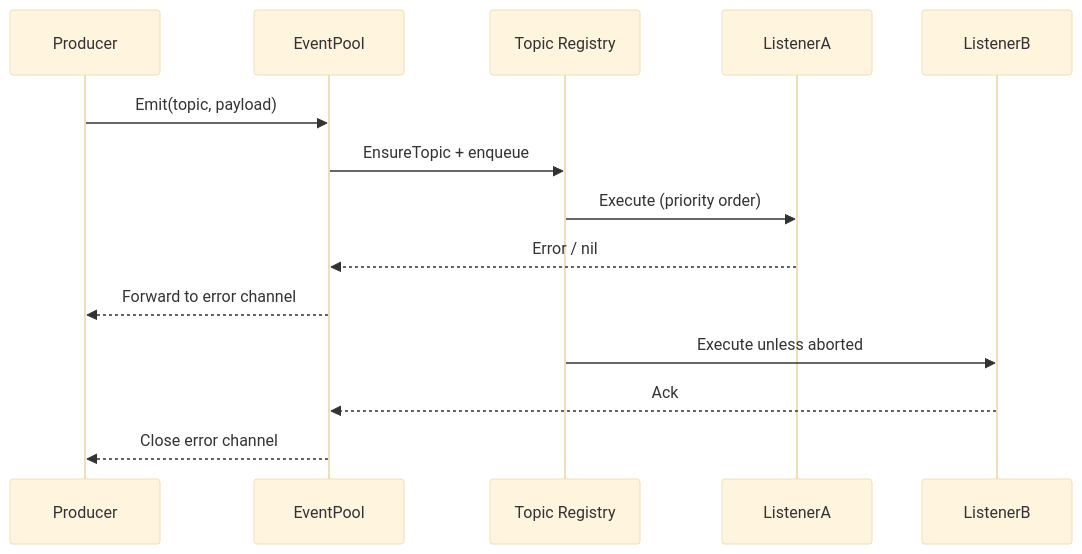
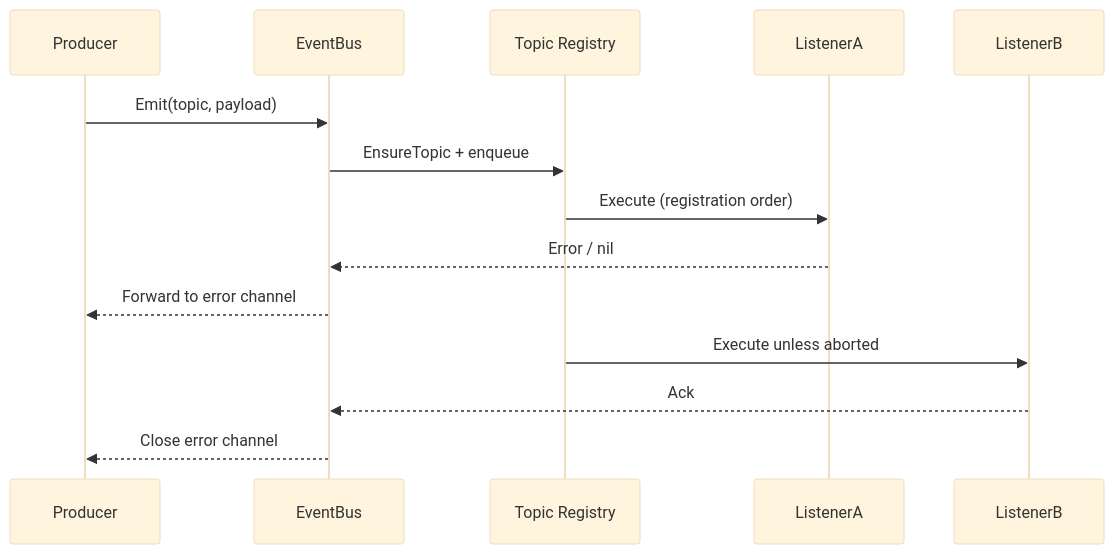
One commit to theopenlane/core changed the diagram in pkg/events/soiree/README.md. Above: the diagram before and after it, drawn with Mermaid (base theme). The commit also changed other lines of this file and 75 other files, not shown here.

````diff
--- a/pkg/events/soiree/README.md
+++ b/pkg/events/soiree/README.md
@@ -107,17 +130,17 @@
 ```mermaid
 sequenceDiagram
     participant Producer
-    participant EventPool
+    participant EventBus
     participant Topic as Topic Registry
     participant ListenerA
     participant ListenerB
 
-    Producer->>EventPool: Emit(topic, payload)
-    EventPool->>Topic: EnsureTopic + enqueue
-    Topic->>ListenerA: Execute (priority order)
-    ListenerA-->>EventPool: Error / nil
-    EventPool-->>Producer: Forward to error channel
+    Producer->>EventBus: Emit(topic, payload)
+    EventBus->>Topic: EnsureTopic + enqueue
+    Topic->>ListenerA: Execute (registration order)
+    ListenerA-->>EventBus: Error / nil
+    EventBus-->>Producer: Forward to error channel
     Topic->>ListenerB: Execute unless aborted
-    ListenerB-->>EventPool: Ack
-    EventPool-->>Producer: Close error channel
+    ListenerB-->>EventBus: Ack
+    EventBus-->>Producer: Close error channel
 ```
````
